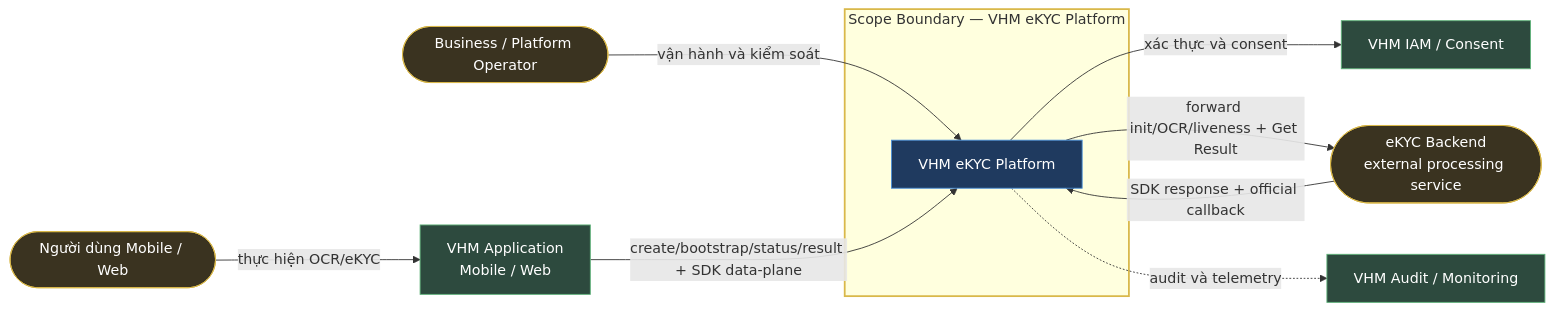
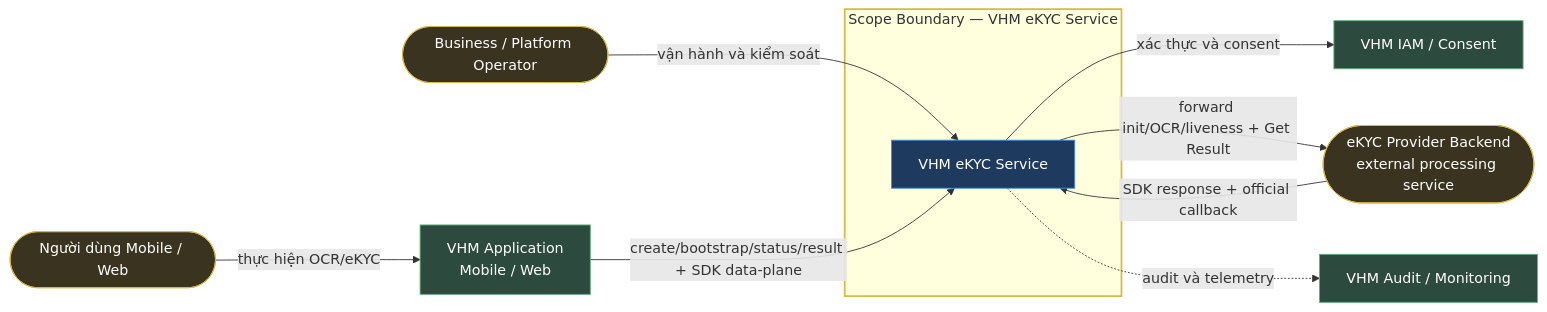
The first of 16 diagrams in README.md (huynv-xyz/vhm), drawn with Mermaid before and after one commit. The commit also changed other lines of this file, not shown here.

````diff
--- a/README.md
+++ b/README.md
@@ -322,26 +315,26 @@
 ```mermaid
 flowchart LR
     USER(["Người dùng Mobile / Web"]):::entity
     OPS(["Business / Platform Operator"]):::entity
     APP["VHM Application<br/>Mobile / Web"]:::owned
     IAM["VHM IAM / Consent"]:::owned
     OBS["VHM Audit / Monitoring"]:::owned
-    PROVIDER(["eKYC Backend<br/>external processing service"]):::entity
+    PROVIDER(["eKYC Provider Backend<br/>external processing service"]):::entity
 
-    subgraph SCOPE["Scope Boundary — VHM eKYC Platform"]
-        CORE["VHM eKYC Platform"]:::bc
+    subgraph SCOPE["Scope Boundary — VHM eKYC Service"]
+        CORE["VHM eKYC Service"]:::bc
     end
 
     USER -->|thực hiện OCR/eKYC| APP
     OPS -->|vận hành và kiểm soát| CORE
     APP -->|create/bootstrap/status/result + SDK data-plane| CORE
     CORE -->|xác thực và consent| IAM
     CORE -->|forward init/OCR/liveness + Get Result| PROVIDER
     PROVIDER -->|SDK response + official callback| CORE
     CORE -.->|audit và telemetry| OBS
 
     style SCOPE stroke:#d9b84a,stroke-width:2px
     classDef bc fill:#1f3a5f,stroke:#4a90d9,color:#fff;
     classDef owned fill:#2d4a3e,stroke:#5fb37a,color:#fff;
     classDef entity fill:#3a3320,stroke:#d9b84a,color:#fff;
 ```
````
